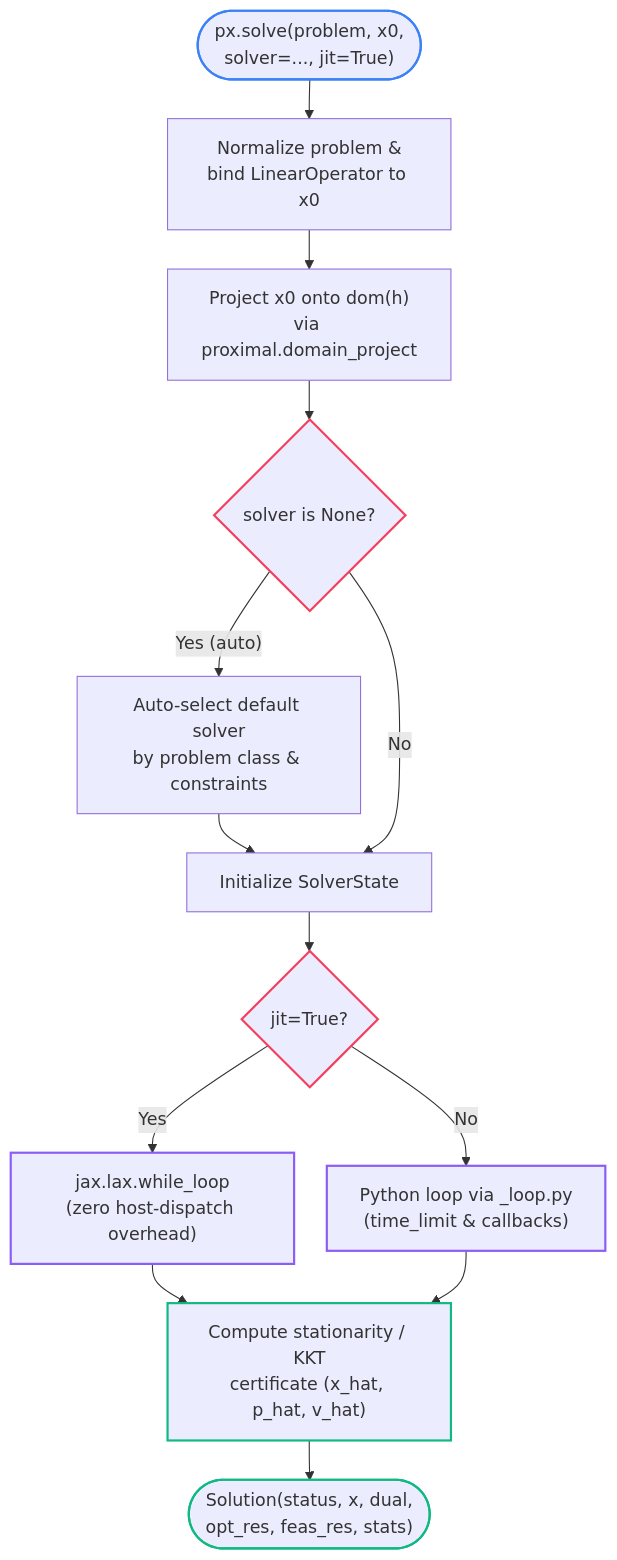
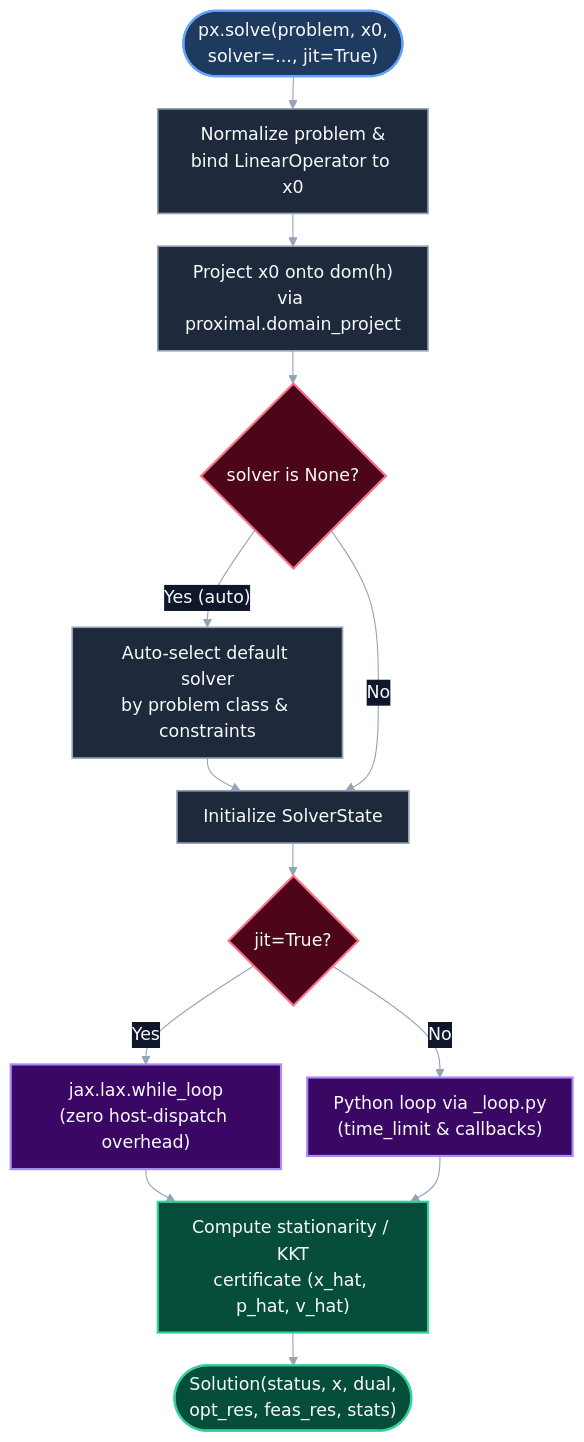
The second of 4 diagrams in docs/appendices/software_architecture.md (wwkong/proxax), drawn with Mermaid before and after one commit. The commit also changed other lines of this file and 2 other files, not shown here.

Commit message:
Use high-contrast Mermaid themeVariables and single-line subgraph titles

````diff
--- a/docs/appendices/software_architecture.md
+++ b/docs/appendices/software_architecture.md
@@ -84,28 +84,29 @@
 ```{mermaid}
-%%{init: {'flowchart': {'curve': 'basis', 'nodeSpacing': 30, 'rankSpacing': 36}}}%%
+%%{init: {'theme': 'base', 'flowchart': {'curve': 'basis', 'nodeSpacing': 24, 'rankSpacing': 30, 'padding': 12}, 'themeVariables': {'darkMode': true, 'background': 'transparent', 'primaryColor': '#1e293b', 'primaryTextColor': '#f8fafc', 'primaryBorderColor': '#60a5fa', 'lineColor': '#94a3b8', 'textColor': '#f8fafc', 'edgeLabelBackground': '#0f172a'}}}%%
 flowchart TB
-    classDef io stroke:#3b82f6,stroke-width:2px
-    classDef decision stroke:#f43f5e,stroke-width:2px
-    classDef engine stroke:#8b5cf6,stroke-width:2px
-    classDef cert stroke:#10b981,stroke-width:2px
+    classDef io fill:#1e3a5f,stroke:#60a5fa,color:#f8fafc,stroke-width:2px
+    classDef step fill:#1e293b,stroke:#94a3b8,color:#f8fafc,stroke-width:1.5px
+    classDef decision fill:#4c0519,stroke:#fb7185,color:#f8fafc,stroke-width:2px
+    classDef engine fill:#3b0764,stroke:#a78bfa,color:#f8fafc,stroke-width:2px
+    classDef cert fill:#064e3b,stroke:#34d399,color:#f8fafc,stroke-width:2px
 
     IN(["px.solve(problem, x0,<br/>solver=..., jit=True)"]):::io
-    NORM["Normalize problem &<br/>bind LinearOperator to x0"]
-    DOM["Project x0 onto dom(h)<br/>via proximal.domain_project"]
+    NORM["Normalize problem &<br/>bind LinearOperator to x0"]:::step
+    DOM["Project x0 onto dom(h)<br/>via proximal.domain_project"]:::step
     DISP{"solver is None?"}:::decision
-    AUTO["Auto-select default solver<br/>by problem class & constraints"]
-    EXEC["Initialize SolverState"]
+    AUTO["Auto-select default solver<br/>by problem class & constraints"]:::step
+    EXEC["Initialize SolverState"]:::step
     JIT{"jit=True?"}:::decision
     XLA["jax.lax.while_loop<br/>(zero host-dispatch overhead)"]:::engine
     PY["Python loop via _loop.py<br/>(time_limit & callbacks)"]:::engine
     CERT["Compute stationarity / KKT<br/>certificate (x_hat, p_hat, v_hat)"]:::cert
     OUT(["Solution(status, x, dual,<br/>opt_res, feas_res, stats)"]):::cert
 
     IN --> NORM --> DOM --> DISP
     DISP -->|"Yes (auto)"| AUTO --> EXEC
     DISP -->|"No"| EXEC
     EXEC --> JIT
     JIT -->|"Yes"| XLA --> CERT
     JIT -->|"No"| PY --> CERT
     CERT --> OUT
 ```
````
